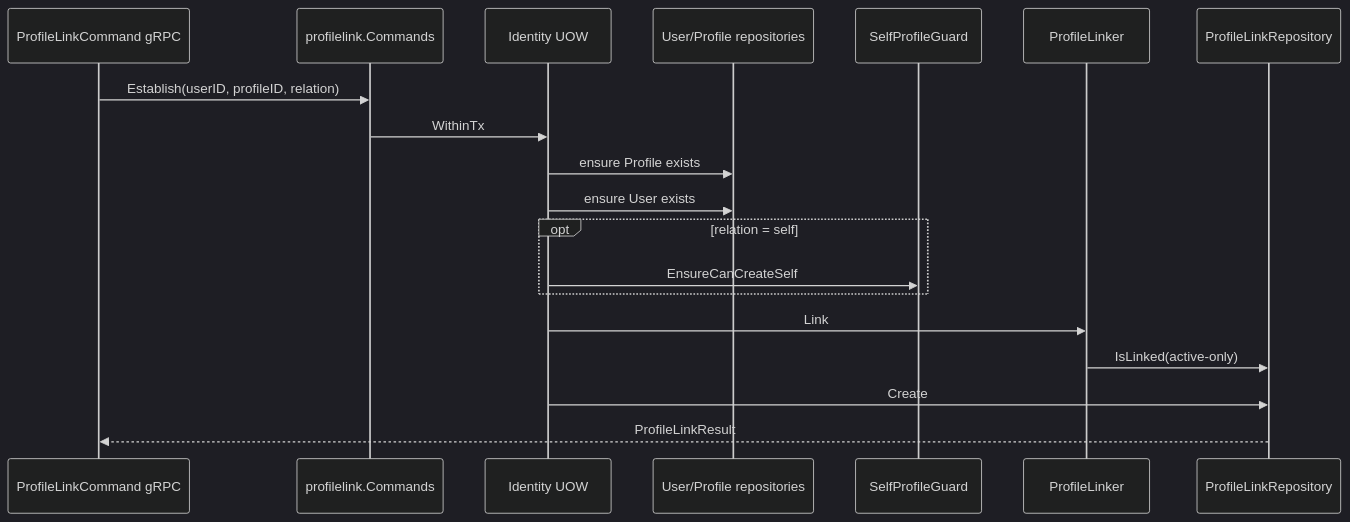
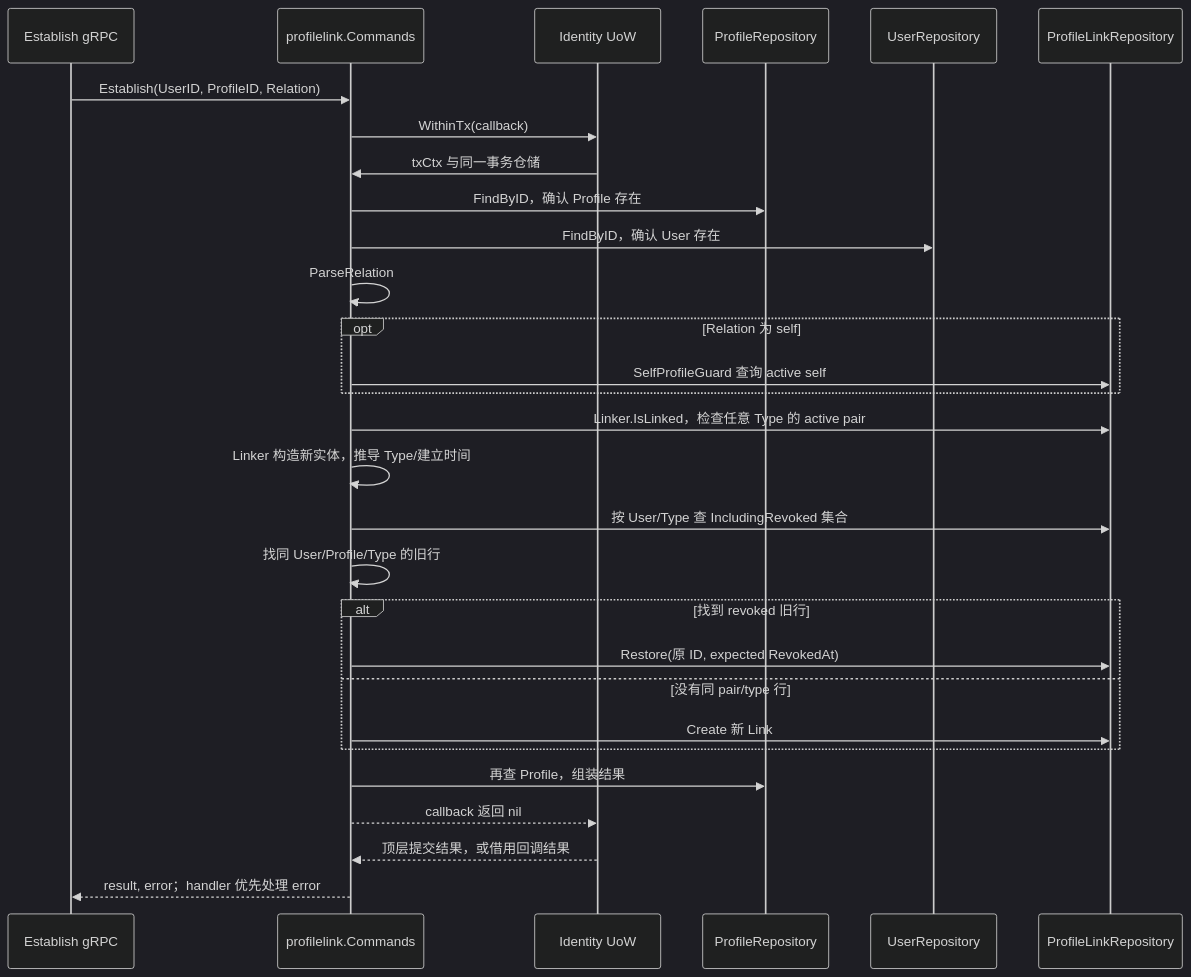
One commit to FangcunMount/iam changed the first of 2 diagrams in docs/02-业务模块/01-Identity/03-关键链路-建立与撤销ProfileLink.md. Above: the diagram before and after it, drawn with Mermaid (dark theme). The commit also changed other lines of this file and 36 other files, not shown here.

````diff
--- a/docs/02-业务模块/01-Identity/03-关键链路-建立与撤销ProfileLink.md
+++ b/docs/02-业务模块/01-Identity/03-关键链路-建立与撤销ProfileLink.md
@@ -205,22 +42,32 @@
 ```mermaid
 sequenceDiagram
-    participant G as ProfileLinkCommand gRPC
+    participant G as Establish gRPC
     participant A as profilelink.Commands
-    participant U as Identity UOW
-    participant P as User/Profile repositories
-    participant Guard as SelfProfileGuard
-    participant L as ProfileLinker
+    participant U as Identity UoW
+    participant P as ProfileRepository
+    participant UR as UserRepository
     participant R as ProfileLinkRepository
 
-    G->>A: Establish(userID, profileID, relation)
-    A->>U: WithinTx
-    U->>P: ensure Profile exists
-    U->>P: ensure User exists
-    opt relation = self
-        U->>Guard: EnsureCanCreateSelf
+    G->>A: Establish(UserID, ProfileID, Relation)
+    A->>U: WithinTx(callback)
+    U->>A: txCtx 与同一事务仓储
+    A->>P: FindByID，确认 Profile 存在
+    A->>UR: FindByID，确认 User 存在
+    A->>A: ParseRelation
+    opt Relation 为 self
+        A->>R: SelfProfileGuard 查询 active self
     end
-    U->>L: Link
-    L->>R: IsLinked(active-only)
-    U->>R: Create
-    R-->>G: ProfileLinkResult
+    A->>R: Linker.IsLinked，检查任意 Type 的 active pair
+    A->>A: Linker 构造新实体，推导 Type/建立时间
+    A->>R: 按 User/Type 查 IncludingRevoked 集合
+    A->>A: 找同 User/Profile/Type 的旧行
+    alt 找到 revoked 旧行
+        A->>R: Restore(原 ID, expected RevokedAt)
+    else 没有同 pair/type 行
+        A->>R: Create 新 Link
+    end
+    A->>P: 再查 Profile，组装结果
+    A-->>U: callback 返回 nil
+    U-->>A: 顶层提交结果，或借用回调结果
+    A-->>G: result, error；handler 优先处理 error
 ```
````
